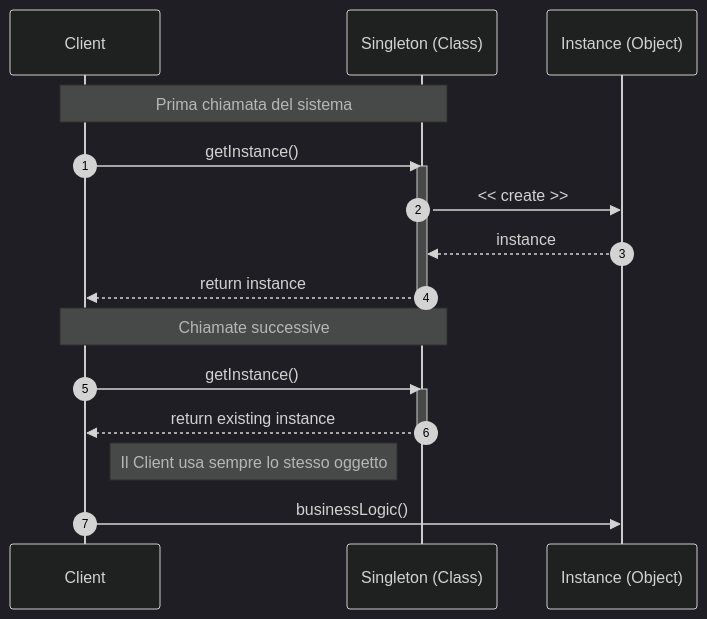
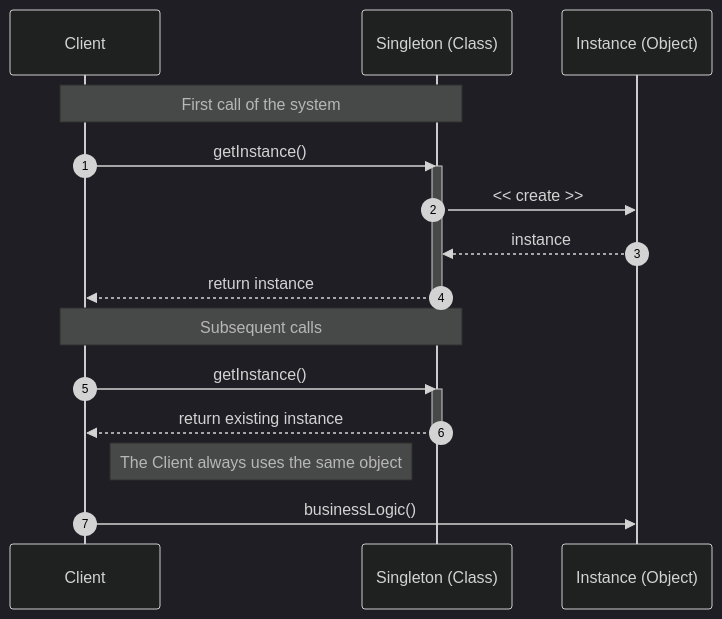
Before and after one commit to lucadileo9/design-pattern: the second of 3 diagrams in 01_creational/singleton/README.md, drawn with Mermaid (dark theme). The commit also changed other lines of this file and 43 other files, not shown here.

````diff
--- a/01_creational/singleton/README.md
+++ b/01_creational/singleton/README.md
@@ -41,24 +41,24 @@
 ```mermaid
 sequenceDiagram
     autonumber
     participant C as Client
     participant S as Singleton (Class)
     participant I as Instance (Object)
 
-    Note over C, S: Prima chiamata del sistema
+    Note over C, S: First call of the system
     C->>S: getInstance()
     activate S
     S->>I: << create >>
     I-->>S: instance
     S-->>C: return instance
     deactivate S
 
-    Note over C, S: Chiamate successive
+    Note over C, S: Subsequent calls
     C->>S: getInstance()
     activate S
     S-->>C: return existing instance
     deactivate S
 
-    Note right of C: Il Client usa sempre lo stesso oggetto
+    Note right of C: The Client always uses the same object
     C->>I: businessLogic()
 ```
````
